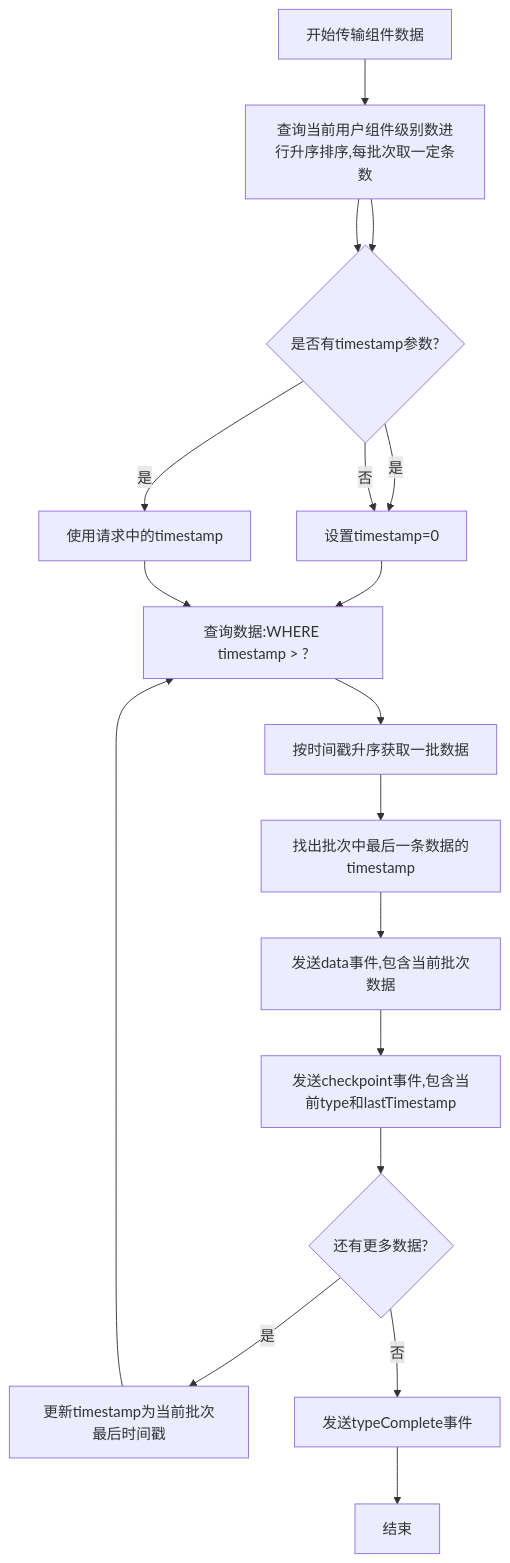
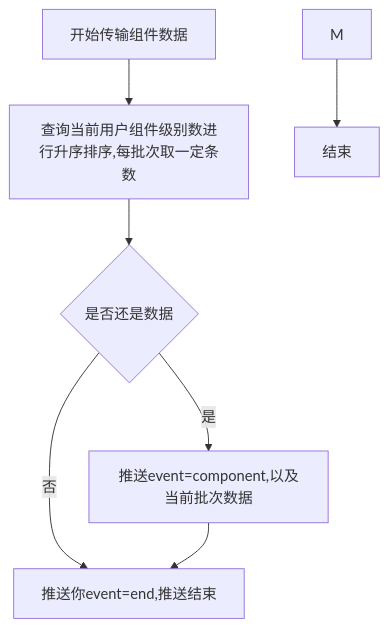
Before and after one commit to yingjianzh/iodraw-files: the diagram in all/未命名-59.md, drawn with Mermaid.

Commit message:
2025-05-14 15:25:28 update

````diff
--- a/all/未命名-59.md
+++ b/all/未命名-59.md
@@ -1,26 +1,12 @@
 ```mermaid
 flowchart TD
     A[开始传输组件数据] --> B[查询当前用户组件级别数进行升序排序,每批次取一定条数]
     B --> C{是否还是数据}
-    C --> |是| D[推送event=component]
+    C --> |是| D[推送event=component,以及当前批次数据]
+    C --> |否| E
+
+    D --> E[推送你event=end,推送结束]
     
-    B --> C{是否有timestamp参数?}
-    C -->|否| D[设置timestamp=0]
-    C -->|是| E[使用请求中的timestamp]
-    
-    D --> F[查询数据:WHERE timestamp > ?]
-    E --> F
-    
-    F --> G[按时间戳升序获取一批数据]
-    G --> H[找出批次中最后一条数据的timestamp]
-    
-    H --> I[发送data事件,包含当前批次数据]
-    I --> J[发送checkpoint事件,包含当前type和lastTimestamp]
-    
-    J --> K{还有更多数据?}
-    K -->|是| L[更新timestamp为当前批次最后时间戳]
-    L --> F
-    
-    K -->|否| M[发送typeComplete事件]
+   
     M --> N[结束]
 ```
````
